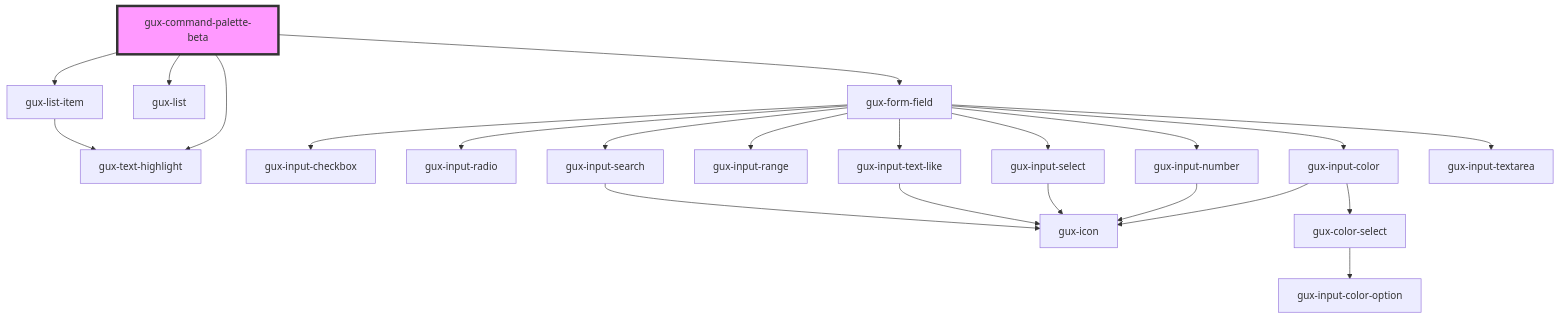
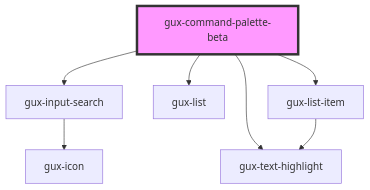
The diagram in src/components/beta/gux-command-palette/readme.md (MyPureCloud/genesys-spark), drawn with Mermaid before and after one commit. The commit also changed other lines of this file and 8 other files, not shown here.

````diff
--- a/src/components/beta/gux-command-palette/readme.md
+++ b/src/components/beta/gux-command-palette/readme.md
@@ -60,25 +60,10 @@
 ```mermaid
 graph TD;
-  gux-command-palette-beta --> gux-form-field
+  gux-command-palette-beta --> gux-input-search
   gux-command-palette-beta --> gux-list
   gux-command-palette-beta --> gux-list-item
   gux-command-palette-beta --> gux-text-highlight
-  gux-form-field --> gux-input-checkbox
-  gux-form-field --> gux-input-radio
-  gux-form-field --> gux-input-color
-  gux-form-field --> gux-input-range
-  gux-form-field --> gux-input-number
-  gux-form-field --> gux-input-select
-  gux-form-field --> gux-input-text-like
-  gux-form-field --> gux-input-search
-  gux-form-field --> gux-input-textarea
-  gux-input-color --> gux-icon
-  gux-input-color --> gux-color-select
-  gux-color-select --> gux-input-color-option
-  gux-input-number --> gux-icon
-  gux-input-select --> gux-icon
-  gux-input-text-like --> gux-icon
   gux-input-search --> gux-icon
   gux-list-item --> gux-text-highlight
   style gux-command-palette-beta fill:#f9f,stroke:#333,stroke-width:4px
 ```
````
